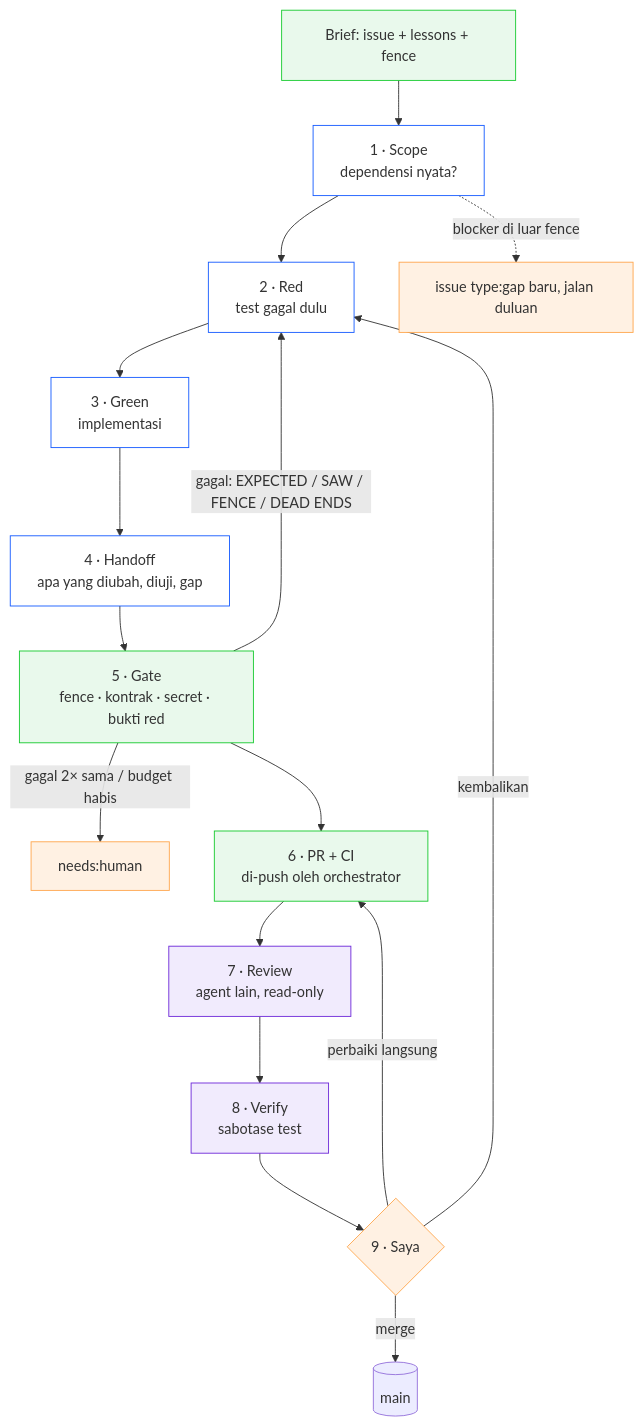
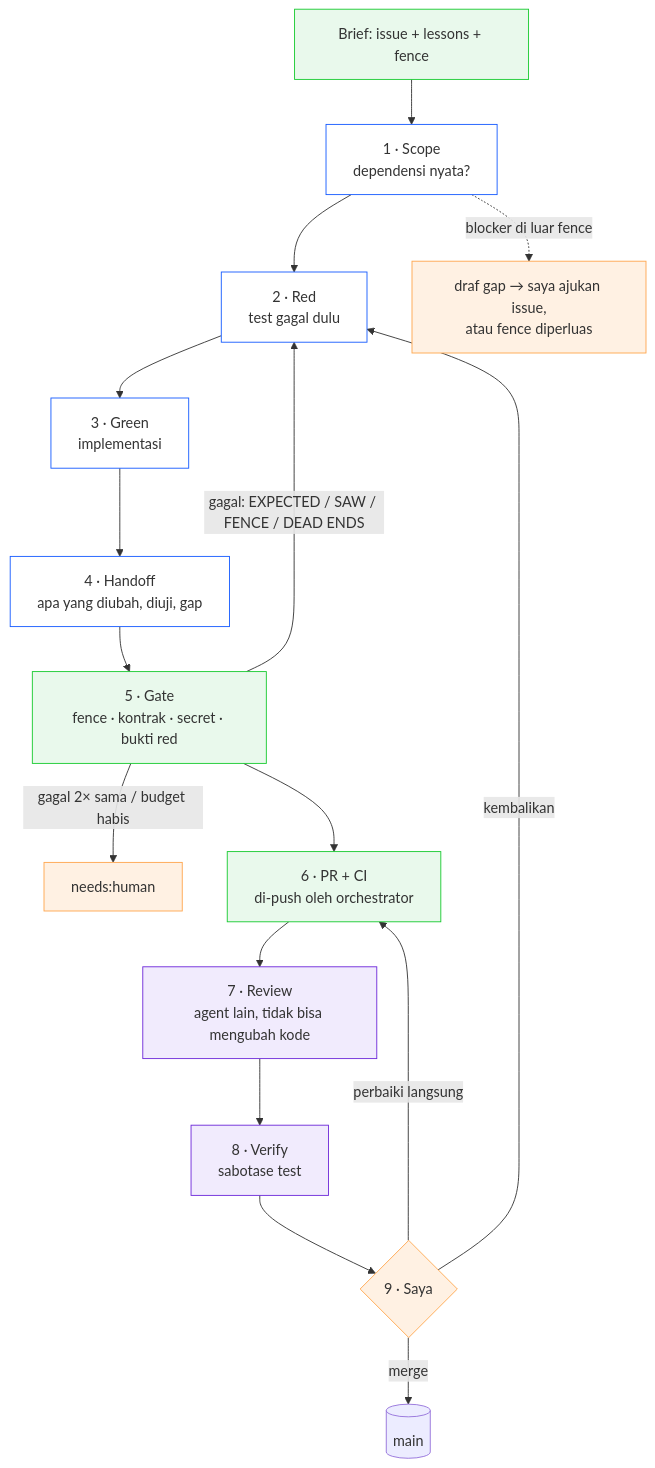
Before and after one commit to aangwijaya/talent-scout: the third of 6 diagrams in FLOWS.md, drawn with Mermaid. The commit also changed other lines of this file and 6 other files, not shown here.

````diff
--- a/FLOWS.md
+++ b/FLOWS.md
@@ -94,22 +97,22 @@
 ```mermaid
 flowchart TB
   B[Brief: issue + lessons + fence]:::code --> SC[1 · Scope<br/>dependensi nyata?]:::agent
   SC --> RED[2 · Red<br/>test gagal dulu]:::agent
   RED --> GR[3 · Green<br/>implementasi]:::agent
   GR --> HO[4 · Handoff<br/>apa yang diubah, diuji, gap]:::agent
   HO --> GA[5 · Gate<br/>fence · kontrak · secret · bukti red]:::code
   GA -->|"gagal: EXPECTED / SAW / FENCE / DEAD ENDS"| RED
   GA -->|"gagal 2× sama / budget habis"| NH["needs:human"]:::human
   GA --> PR[6 · PR + CI<br/>di-push oleh orchestrator]:::code
-  PR --> RV[7 · Review<br/>agent lain, read-only]:::rev
+  PR --> RV[7 · Review<br/>agent lain, tidak bisa mengubah kode]:::rev
   RV --> VF[8 · Verify<br/>sabotase test]:::rev
   VF --> M{9 · Saya}:::human
   M -->|merge| DONE[(main)]
   M -->|perbaiki langsung| PR
   M -->|kembalikan| RED
-  SC -.->|blocker di luar fence| GAP["issue type:gap baru, jalan duluan"]:::human
+  SC -.->|blocker di luar fence| GAP["draf gap → saya ajukan issue,<br/>atau fence diperluas"]:::human
   classDef agent fill:#ffffff,stroke:#145aff
   classDef code fill:#e9f9ec,stroke:#16ca2e
   classDef rev fill:#f1ebfd,stroke:#6d28d9
   classDef human fill:#fff1e3,stroke:#ffa64d
 ```
````
